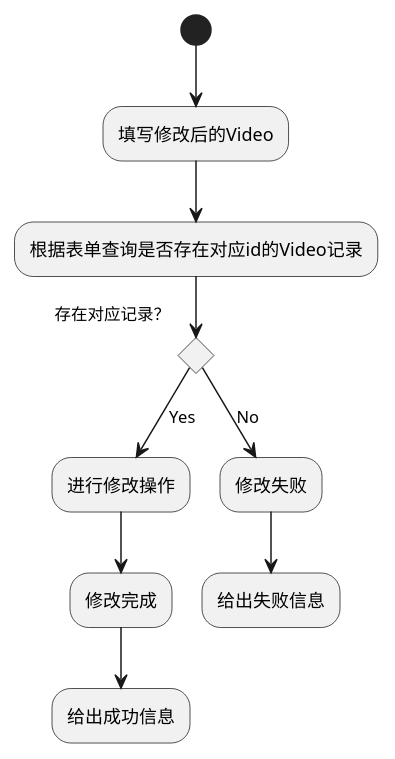
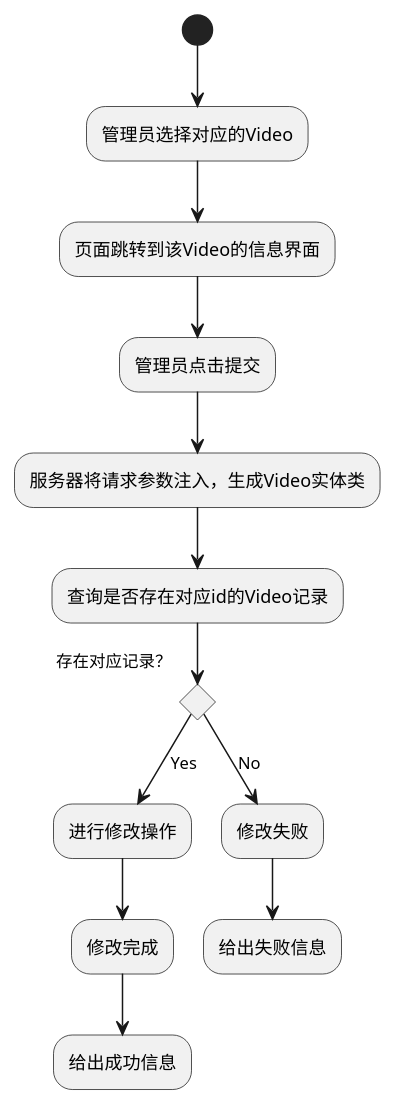
The diagram in src/main/java/com/zte/video/diag/activity_video_update.puml (qwerqqwewq/VideoOnline), drawn with PlantUML before and after one commit. The commit also changed 9 other files, not shown here.

```diff
--- a/src/main/java/com/zte/video/diag/activity_video_update.puml
+++ b/src/main/java/com/zte/video/diag/activity_video_update.puml
@@ -1,12 +1,15 @@
 @startuml
-(*)  --> "填写修改后的Video"
---> "根据表单查询是否存在对应id的Video记录"
+(*)  --> "管理员选择对应的Video"
+--> "页面跳转到该Video的信息界面"
+--> "管理员点击提交"
+--> "服务器将请求参数注入，生成Video实体类"
+--> "查询是否存在对应id的Video记录"
 If "存在对应记录？" then
 --> [Yes] "进行修改操作"
 --> "修改完成"
 --> "给出成功信息"
 else
 --> [No]"修改失败"
 --> "给出失败信息"
 Endif
 @enduml
```
